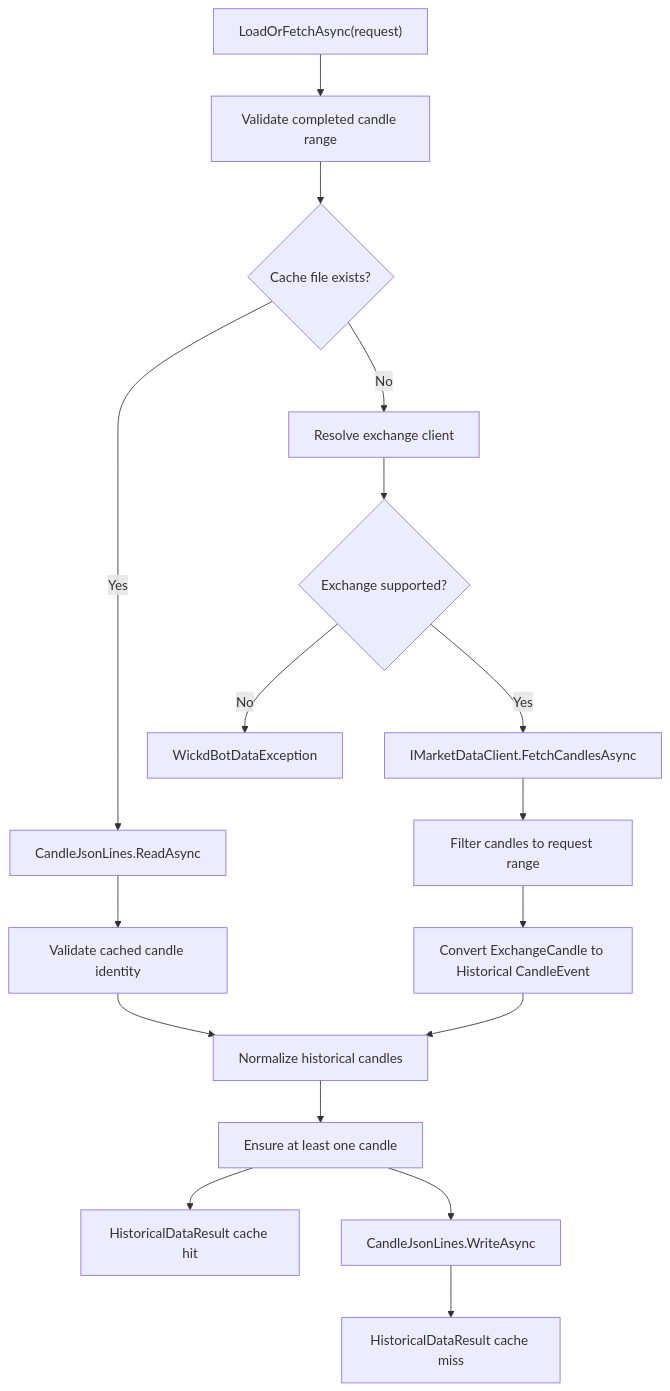
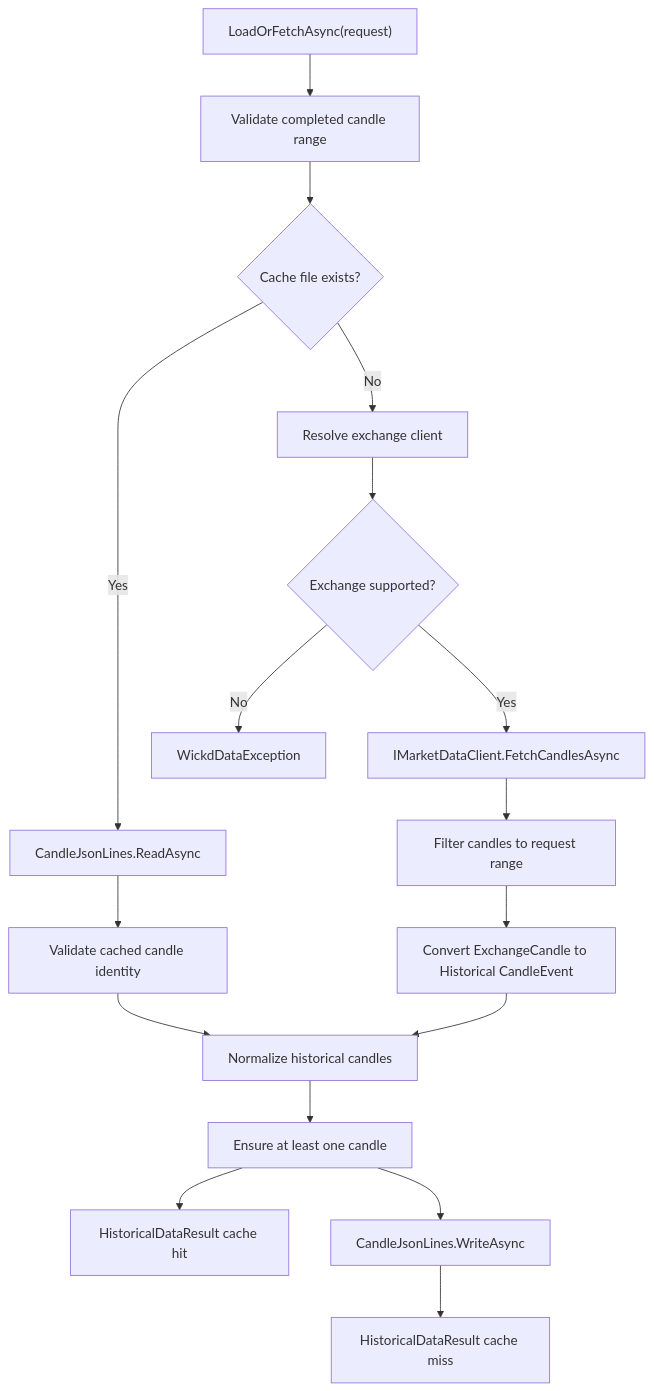
The second of 6 diagrams in docs/business-flows.md (WickdAlgo/wickdbot-dotnet), drawn with Mermaid before and after one commit. The commit also changed other lines of this file and 158 other files, not shown here.

First line of the commit message:
WickdBot to Wickd: docs, config, and package rename

````diff
--- a/docs/business-flows.md
+++ b/docs/business-flows.md
@@ -56,21 +56,21 @@
 ```mermaid
 flowchart TD
     A["LoadOrFetchAsync(request)"] --> B["Validate completed candle range"]
     B --> C{"Cache file exists?"}
 
     C -->|Yes| D["CandleJsonLines.ReadAsync"]
     D --> E["Validate cached candle identity"]
     E --> F["Normalize historical candles"]
     F --> G["Ensure at least one candle"]
     G --> H["HistoricalDataResult cache hit"]
 
     C -->|No| I["Resolve exchange client"]
     I --> J{"Exchange supported?"}
-    J -->|No| K["WickdBotDataException"]
+    J -->|No| K["WickdDataException"]
     J -->|Yes| L["IMarketDataClient.FetchCandlesAsync"]
     L --> M["Filter candles to request range"]
     M --> N["Convert ExchangeCandle to Historical CandleEvent"]
     N --> F
     G --> O["CandleJsonLines.WriteAsync"]
     O --> P["HistoricalDataResult cache miss"]
 ```
````
